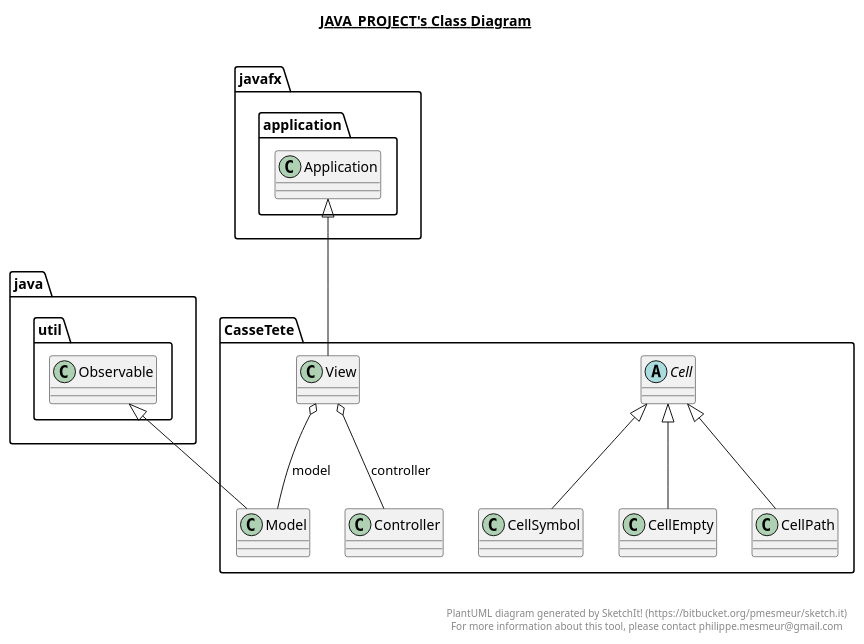
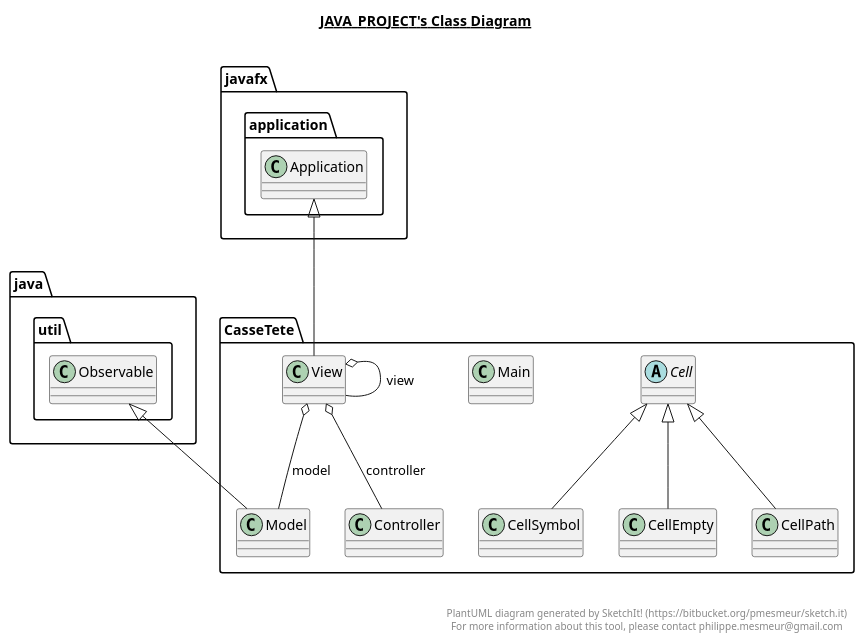
One commit to Mex21/CasseTete changed the diagram in Java_Project.plantuml. Above: the diagram before and after it, drawn with PlantUML. The commit also changed 12 other files, not shown here.

```diff
--- a/Java_Project.plantuml
+++ b/Java_Project.plantuml
@@ -1,63 +1,70 @@
 @startuml
 
 title __JAVA_PROJECT's Class Diagram__\n
 
   namespace CasseTete {
     abstract class CasseTete.Cell {
     }
   }
   
 
   namespace CasseTete {
     class CasseTete.CellEmpty {
     }
   }
   
 
   namespace CasseTete {
     class CasseTete.CellPath {
     }
   }
   
 
   namespace CasseTete {
     class CasseTete.CellSymbol {
     }
   }
   
 
   namespace CasseTete {
     class CasseTete.Controller {
     }
   }
   
 
   namespace CasseTete {
+    class CasseTete.Main {
+    }
+  }
+  
+
+  namespace CasseTete {
     class CasseTete.Model {
     }
   }
   
 
   namespace CasseTete {
     class CasseTete.View {
     }
   }
   
 
   CasseTete.CellEmpty -up-|> CasseTete.Cell
   CasseTete.CellPath -up-|> CasseTete.Cell
   CasseTete.CellSymbol -up-|> CasseTete.Cell
   CasseTete.Model -up-|> java.util.Observable
   CasseTete.View -up-|> javafx.application.Application
   CasseTete.View o-- CasseTete.Controller : controller
   CasseTete.View o-- CasseTete.Model : model
+  CasseTete.View o-- CasseTete.View : view
 
 
 right footer
 
 
 PlantUML diagram generated by SketchIt! (https://bitbucket.org/pmesmeur/sketch.it)
 For more information about this tool, please contact philippe.mesmeur@gmail.com
 endfooter
 
 @enduml
```
